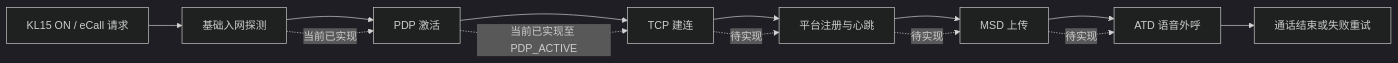
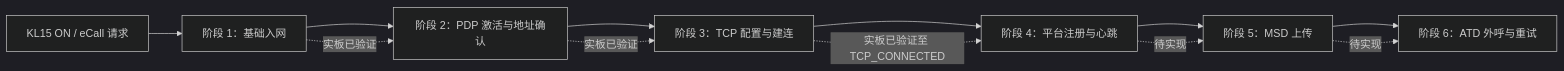
The first of 6 diagrams in docs/AC7600_TCPIP_SWIMLANE.md (xiaojunzhong123/eCall), drawn with Mermaid (dark theme) before and after one commit. The commit also changed other lines of this file and 5 other files, not shown here.

First line of the commit message:
CR-012: 打通 AC7600 PDP 与 TCP 链路

````diff
--- a/docs/AC7600_TCPIP_SWIMLANE.md
+++ b/docs/AC7600_TCPIP_SWIMLANE.md
@@ -13,16 +14,15 @@
 ```mermaid
 flowchart LR
-    A[KL15 ON / eCall 请求] --> B[基础入网探测]
-    B --> C[PDP 激活]
-    C --> D[TCP 建连]
-    D --> E[平台注册与心跳]
-    E --> F[MSD 上传]
-    F --> G[ATD 语音外呼]
-    G --> H[通话结束或失败重试]
+    A[KL15 ON / eCall 请求] --> B[阶段 1：基础入网]
+    B --> C[阶段 2：PDP 激活与地址确认]
+    C --> D[阶段 3：TCP 配置与建连]
+    D --> E[阶段 4：平台注册与心跳]
+    E --> F[阶段 5：MSD 上传]
+    F --> G[阶段 6：ATD 外呼与重试]
 
-    B -.当前已实现.-> C
-    C -.当前已实现至 PDP_ACTIVE.-> D
-    D -.待实现.-> E
+    B -.实板已验证.-> C
+    C -.实板已验证.-> D
+    D -.实板已验证至 TCP_CONNECTED.-> E
     E -.待实现.-> F
     F -.待实现.-> G
 ```
````
